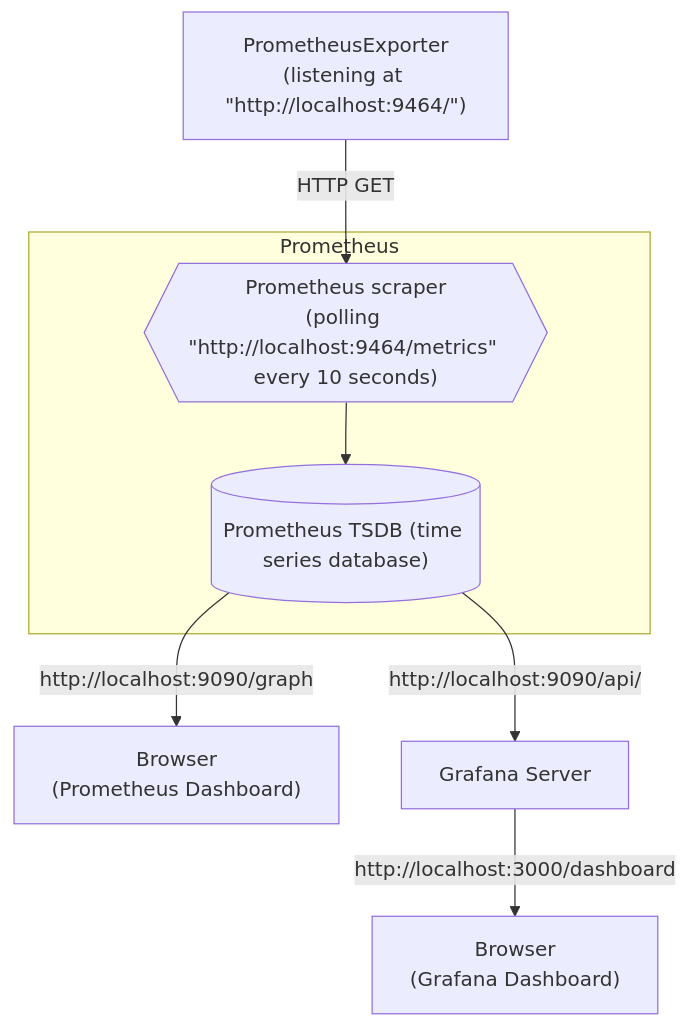
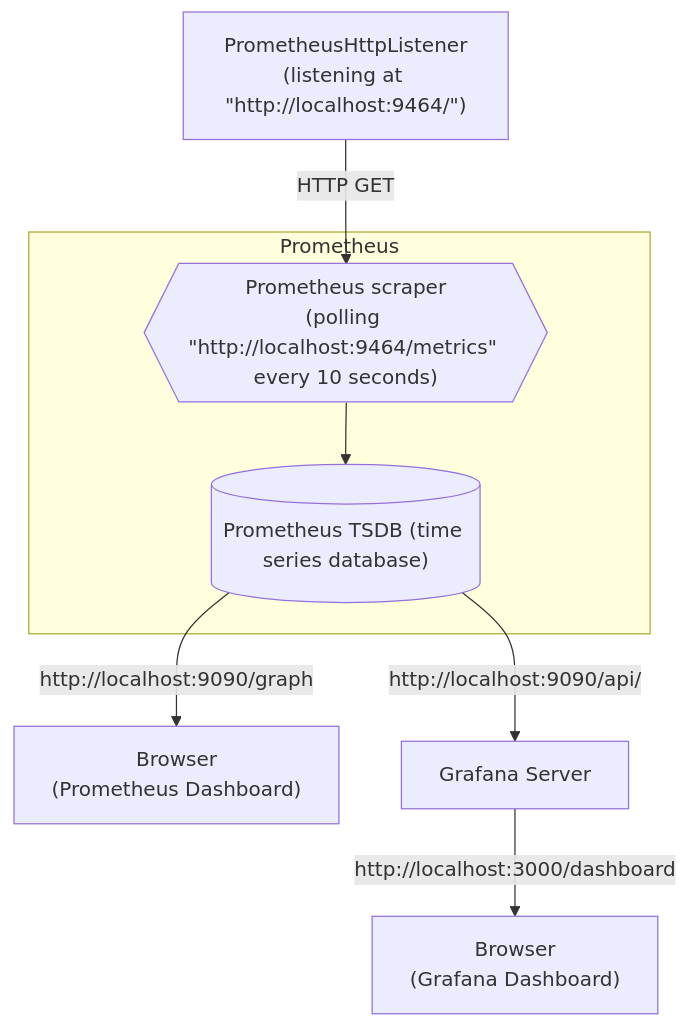
Before and after one commit to open-telemetry/opentelemetry-dotnet: the second of 2 diagrams in docs/metrics/getting-started-prometheus-grafana/README.md, drawn with Mermaid. The commit also changed other lines of this file and 5 other files, not shown here.

````diff
--- a/docs/metrics/getting-started-prometheus-grafana/README.md
+++ b/docs/metrics/getting-started-prometheus-grafana/README.md
@@ -196,14 +197,14 @@
 ```mermaid
 graph TD
 
 subgraph Prometheus
   PrometheusScraper
   PrometheusDatabase
 end
 
-PrometheusExporter["PrometheusExporter<br/>(listening at #quot;http://localhost:9464/#quot;)"] -->|HTTP GET| PrometheusScraper{{"Prometheus scraper<br/>(polling #quot;http://localhost:9464/metrics#quot; every 10 seconds)"}}
+PrometheusHttpListener["PrometheusHttpListener<br/>(listening at #quot;http://localhost:9464/#quot;)"] -->|HTTP GET| PrometheusScraper{{"Prometheus scraper<br/>(polling #quot;http://localhost:9464/metrics#quot; every 10 seconds)"}}
 PrometheusScraper --> PrometheusDatabase[("Prometheus TSDB (time series database)")]
 PrometheusDatabase -->|http://localhost:9090/graph| PrometheusUI["Browser<br/>(Prometheus Dashboard)"]
 PrometheusDatabase -->|http://localhost:9090/api/| Grafana[Grafana Server]
 Grafana -->|http://localhost:3000/dashboard| GrafanaUI["Browser<br/>(Grafana Dashboard)"]
 ```
````
